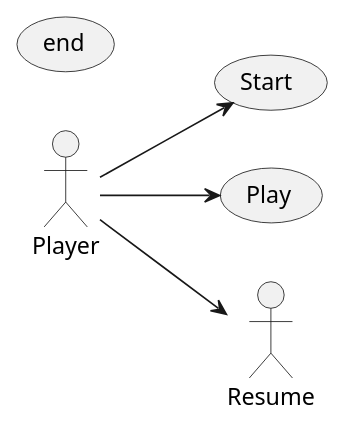
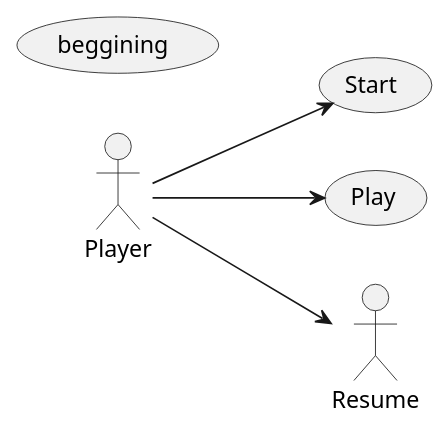
The diagram in docs/diagrams/actorsUseCaseDiagram.plantuml (GenesisMontilla/IS-022023), drawn with PlantUML before and after one commit.

Commit message:
Problema resuelto

```diff
--- a/docs/diagrams/actorsUseCaseDiagram.plantuml
+++ b/docs/diagrams/actorsUseCaseDiagram.plantuml
@@ -1,11 +1,11 @@
 @startuml actorsUseCaseDiagram
 left to right direction
 actor Player
 usecase Start
 usecase Play
-usecase end
+usecase beggining
 
 Player --> Start
 Player --> Play
 Player --> Resume
 @enduml
```
